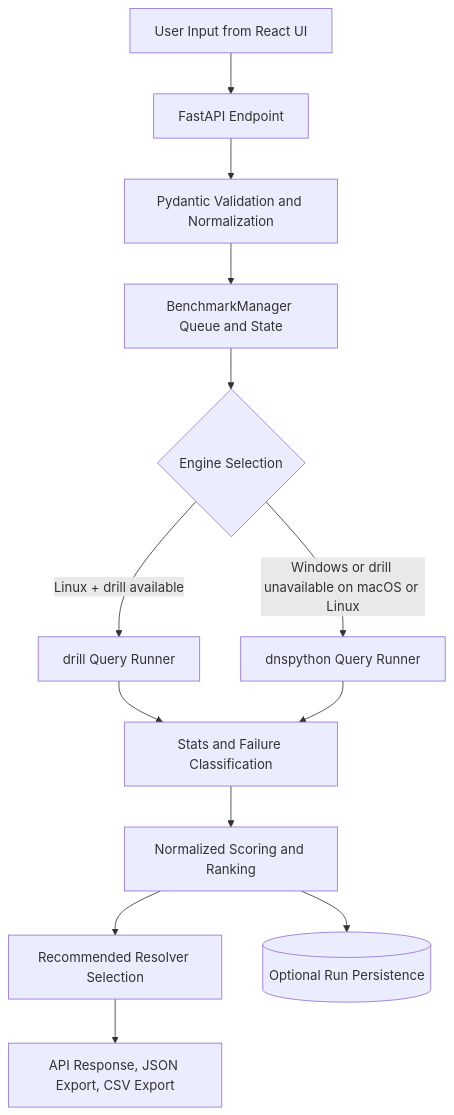
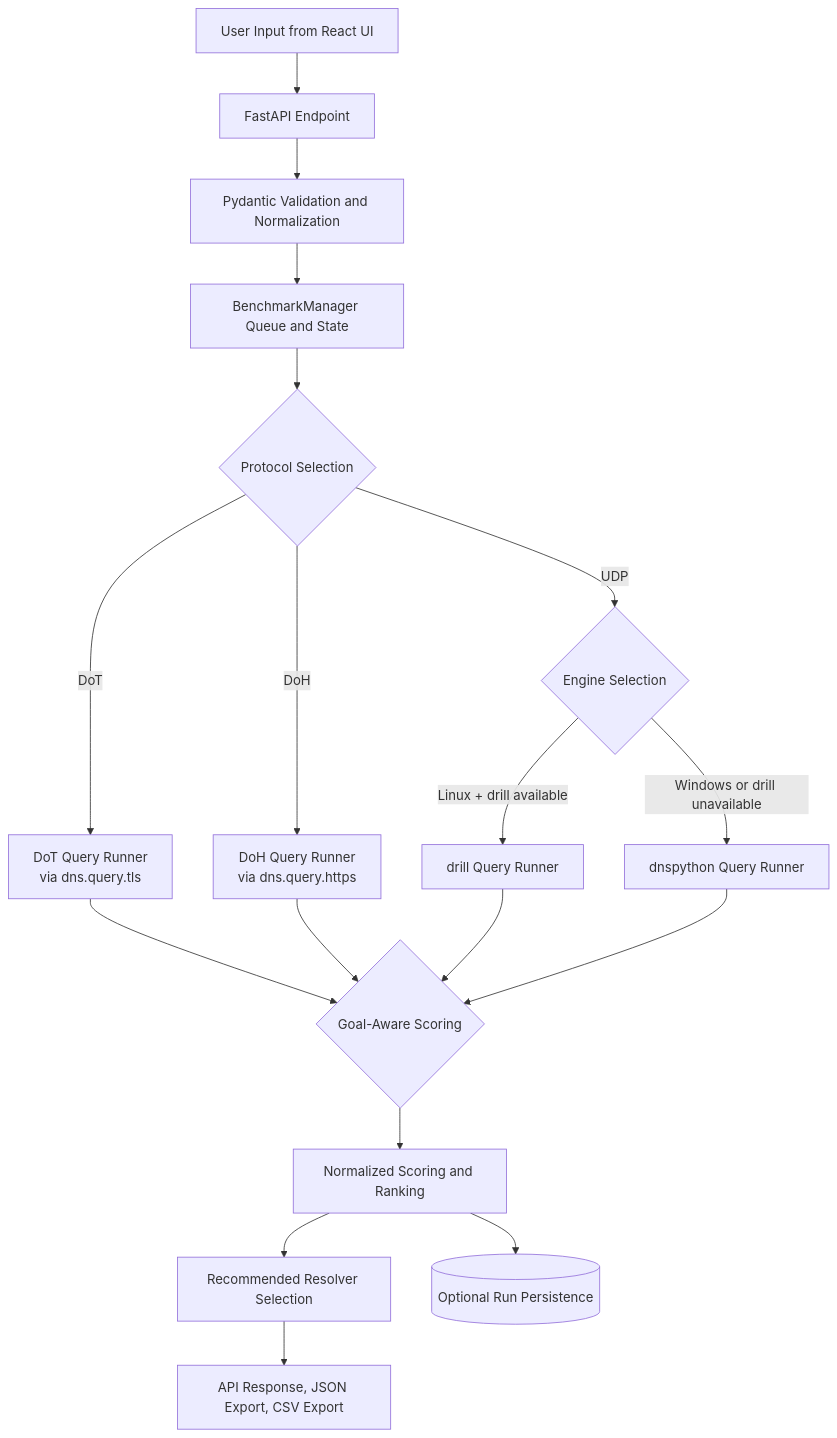
One commit to cortega26/DNSpect changed the diagram in README.md. Above: the diagram before and after it, drawn with Mermaid. The commit also changed other lines of this file, not shown here.

````diff
--- a/README.md
+++ b/README.md
@@ -112,15 +122,20 @@
 ```mermaid
 flowchart TD
   A[User Input from React UI] --> B[FastAPI Endpoint]
   B --> C[Pydantic Validation and Normalization]
   C --> D[BenchmarkManager Queue and State]
-  D --> E{Engine Selection}
-  E -->|Linux + drill available| F[drill Query Runner]
-  E -->|Windows or drill unavailable on macOS or Linux| G[dnspython Query Runner]
-  F --> H[Stats and Failure Classification]
-  G --> H
-  H --> I[Normalized Scoring and Ranking]
-  I --> J[Recommended Resolver Selection]
-  J --> K[API Response, JSON Export, CSV Export]
-  I --> L[(Optional Run Persistence)]
+  D --> E{Protocol Selection}
+  E -->|UDP| F{Engine Selection}
+  E -->|DoT| G[DoT Query Runner\nvia dns.query.tls]
+  E -->|DoH| H[DoH Query Runner\nvia dns.query.https]
+  F -->|Linux + drill available| I[drill Query Runner]
+  F -->|Windows or drill unavailable| J[dnspython Query Runner]
+  G --> K{Goal-Aware Scoring}
+  H --> K
+  I --> K
+  J --> K
+  K --> L[Normalized Scoring and Ranking]
+  L --> M[Recommended Resolver Selection]
+  M --> N[API Response, JSON Export, CSV Export]
+  L --> O[(Optional Run Persistence)]
 ```
````
